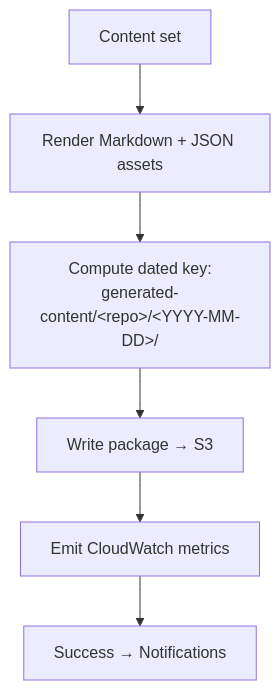
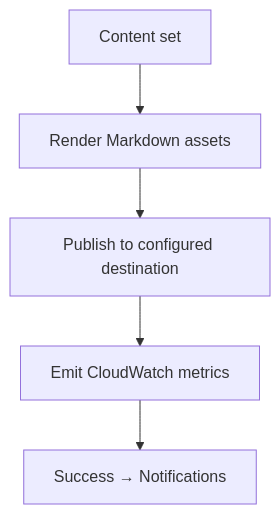
One commit to teddynted/ai-github-repository-blog-generator changed the fifth of 6 diagrams in docs/workflows.md. Above: the diagram before and after it, drawn with Mermaid. The commit also changed other lines of this file and 12 other files, not shown here.

First line of the commit message:
docs: pivot to self-hosted OpenClaw + Ollama + EC2 Spot architecture

````diff
--- a/docs/workflows.md
+++ b/docs/workflows.md
@@ -143,8 +114,7 @@
 ```mermaid
 flowchart TB
-    C[Content set] --> R[Render Markdown + JSON assets]
-    R --> KV[Compute dated key:<br/>generated-content/&lt;repo&gt;/&lt;YYYY-MM-DD&gt;/]
-    KV --> W[Write package → S3]
-    W --> ME[Emit CloudWatch metrics]
+    C[Content set] --> R[Render Markdown assets]
+    R --> PUB[Publish to configured destination]
+    PUB --> ME[Emit CloudWatch metrics]
     ME --> OK[Success → Notifications]
 ```
````
